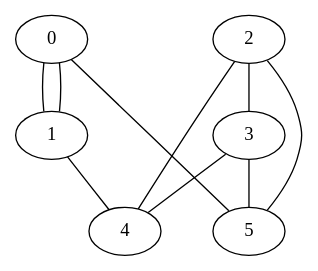
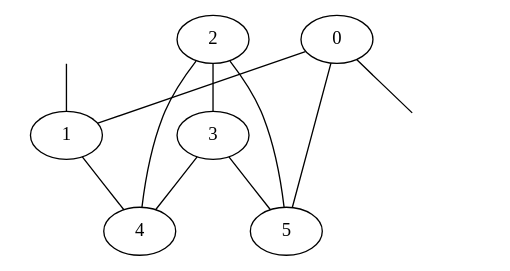
Before and after one commit to alphal00p/gammaloop: the diagram in benchmarks/performance/scalar-3l-gl16-q7-squared.dot, drawn with Graphviz. The commit also changed 18 other files, not shown here.

```diff
--- a/benchmarks/performance/scalar-3l-gl16-q7-squared.dot
+++ b/benchmarks/performance/scalar-3l-gl16-q7-squared.dot
@@ -1,24 +1,27 @@
 // Frozen GL16 from the scalar three-loop LU acceptance matrix.
 // Edge 7 owns Q(7,mink(4,1)) twice; degree two minus propagator degree two gives dod=0.
 // Source: tests/tests/test_runs/scalar_3L_cross_section_inspects.rs.
 digraph GL16 {
+    final_state="scalar_0,scalar_0|scalar_0,scalar_0,scalar_1";
+    ext_in [style=invis]; ext_out [style=invis];
     num = "1";
     overall_factor = "(AutG(2))^(-1)*AntiFermionSpinSumSign(1)*ExternalFermionOrderingSign(1)";
     projector = "1";
 
 	"0" [dod="0" dod_autogen="true" int_id="V_3_SCALAR_001" name_autogen="true" num="UFO::SCALAR_COUPLING" num_autogen="true"];
 	"1" [dod="0" dod_autogen="true" int_id="V_3_SCALAR_001" name_autogen="true" num="UFO::SCALAR_COUPLING" num_autogen="true"];
 	"2" [dod="0" dod_autogen="true" int_id="V_3_SCALAR_000" name_autogen="true" num="UFO::SCALAR_COUPLING" num_autogen="true"];
 	"3" [dod="0" dod_autogen="true" int_id="V_3_SCALAR_000" name_autogen="true" num="UFO::SCALAR_COUPLING" num_autogen="true"];
 	"4" [dod="0" dod_autogen="true" int_id="V_3_SCALAR_000" name_autogen="true" num="UFO::SCALAR_COUPLING" num_autogen="true"];
 	"5" [dod="0" dod_autogen="true" int_id="V_3_SCALAR_000" name_autogen="true" num="UFO::SCALAR_COUPLING" num_autogen="true"];
-	"0":17	-> "1":0	 [id=0 dir=none  dod="-2" dod_autogen="true" is_cut="0" lmb_rep="P(0,a___)" name="e0" name_autogen="true" num="1" num_autogen="true" particle="scalar_1"];
+    ext_in -> "1":0 [id=0 dir=none  dod="-2" dod_autogen="true" is_cut="0" lmb_rep="P(0,a___)" name="e0" name_autogen="true" num="1" num_autogen="true" particle="scalar_1"];
 	"0":1	-> "1":2	 [id=1 dir=none  dod="-2" dod_autogen="true" lmb_id="0" lmb_rep="K(0,a___)" name="e1" name_autogen="true" num="1𝑖" num_autogen="true" particle="scalar_0"];
 	"0":3	-> "5":4	 [id=2 dir=none  dod="-2" dod_autogen="true" lmb_rep="-1*K(0,a___)+-1*P(0,a___)" name="e2" name_autogen="true" num="1𝑖" num_autogen="true" particle="scalar_0"];
 	"1":5	-> "4":6	 [id=3 dir=none  dod="-2" dod_autogen="true" lmb_rep="K(0,a___)+P(0,a___)" name="e3" name_autogen="true" num="1𝑖" num_autogen="true" particle="scalar_0"];
 	"2":7	-> "3":8	 [id=4 dir=none  dod="-2" dod_autogen="true" lmb_id="1" lmb_rep="K(1,a___)" name="e4" name_autogen="true" num="1𝑖" num_autogen="true" particle="scalar_0"];
 	"2":9	-> "4":10	 [id=5 dir=none  dod="-2" dod_autogen="true" lmb_id="2" lmb_rep="K(2,a___)" name="e5" name_autogen="true" num="1𝑖" num_autogen="true" particle="scalar_0"];
 	"2":11	-> "5":12	 [id=6 dir=none  dod="-2" dod_autogen="true" lmb_rep="-1*K(1,a___)+-1*K(2,a___)" name="e6" name_autogen="true" num="1𝑖" num_autogen="true" particle="scalar_0"];
 	"3":13	-> "4":14	 [id=7 dir=none  dod="0" lmb_rep="-1*K(0,a___)+-1*K(2,a___)+-1*P(0,a___)" name="e7" name_autogen="true" num="1𝑖*gammalooprs::Q(7,spenso::mink(4,1))^2" particle="scalar_0"];
 	"3":15	-> "5":16	 [id=8 dir=none  dod="-2" dod_autogen="true" lmb_rep="K(0,a___)+K(1,a___)+K(2,a___)+P(0,a___)" name="e8" name_autogen="true" num="1𝑖" num_autogen="true" particle="scalar_0"];
+    "0":17 -> ext_out [id=9 dir=none  dod="-2" dod_autogen="true" is_cut="0" lmb_rep="P(0,a___)" name="e0" name_autogen="true" num="1" num_autogen="true" particle="scalar_1"];
 }
```
